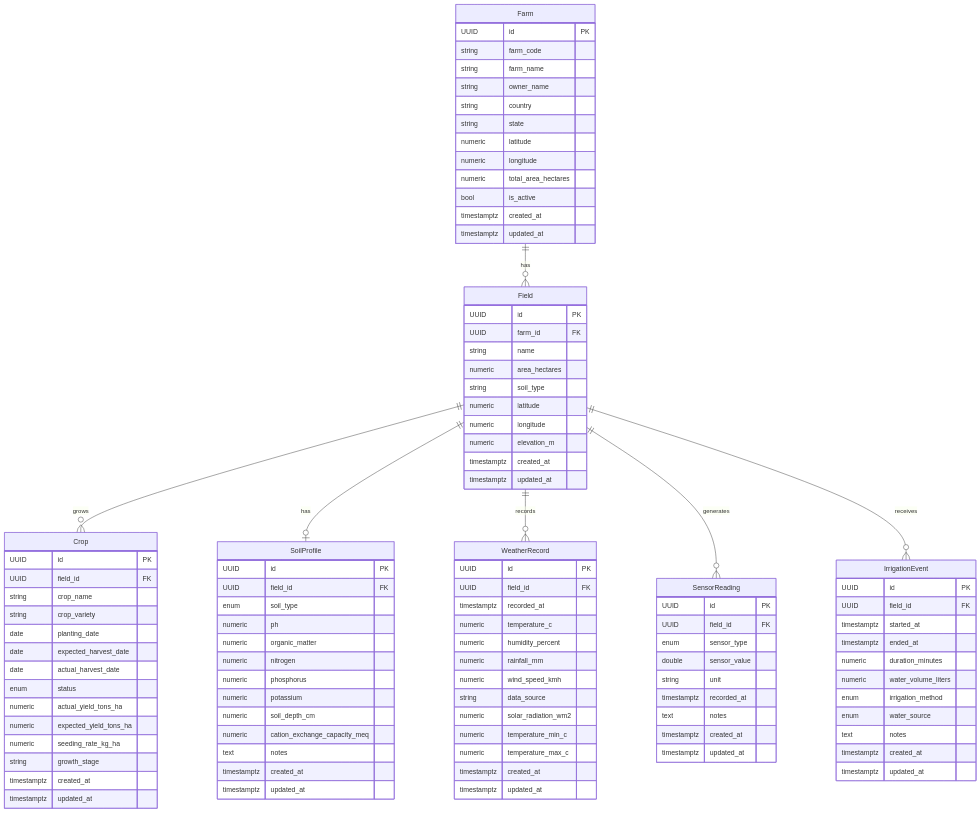
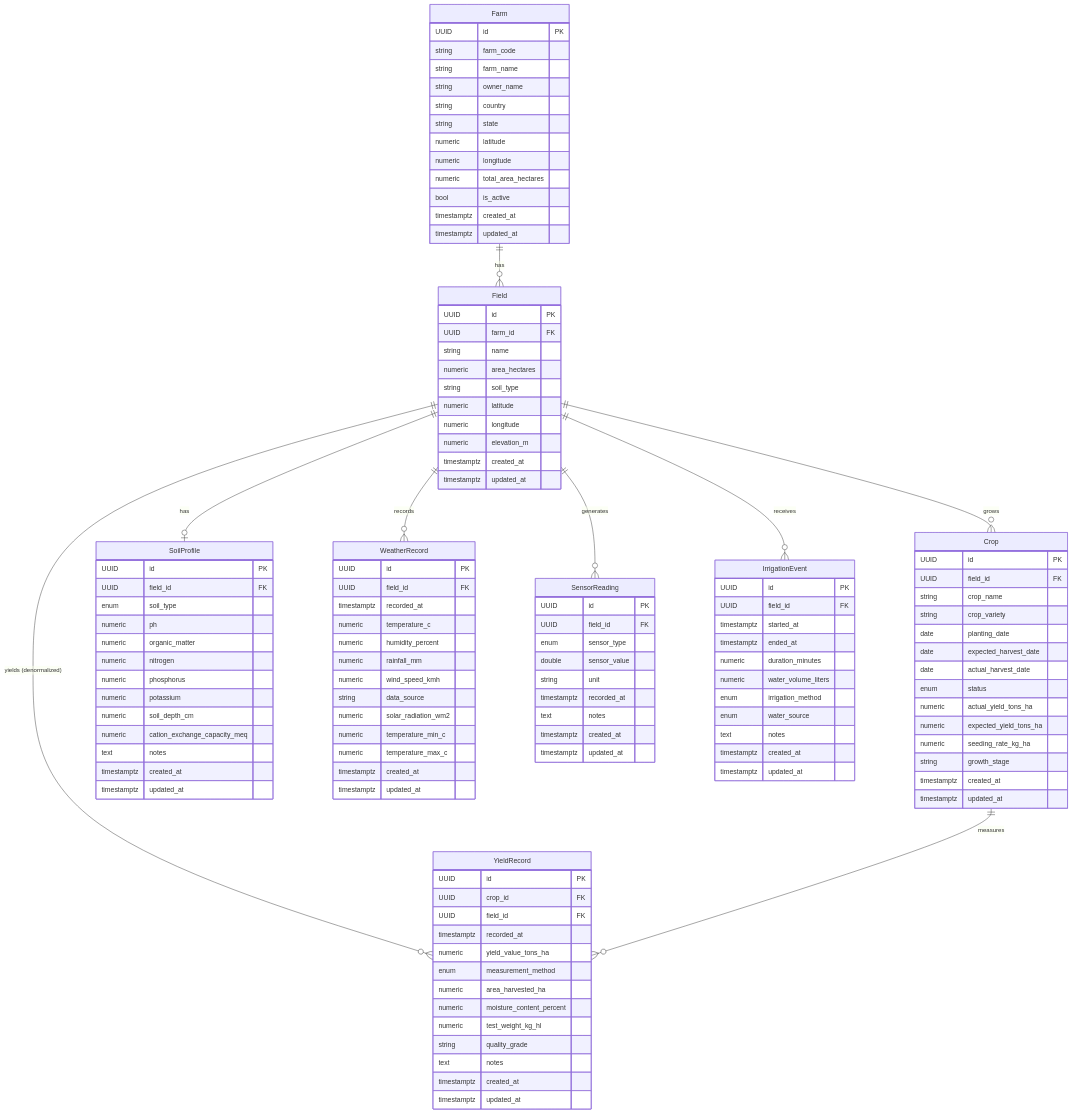
One commit to santoshnarayanan/AGRIFLOW-AI changed the sixth of 12 diagrams in docs/08-phase-architecture-handbook.md. Above: the diagram before and after it, drawn with Mermaid. The commit also changed other lines of this file and 7 other files, not shown here.

````diff
--- a/docs/08-phase-architecture-handbook.md
+++ b/docs/08-phase-architecture-handbook.md
@@ -1251,10 +1310,28 @@
         timestamptz updated_at
     }
 
+    YieldRecord {
+        UUID id PK
+        UUID crop_id FK
+        UUID field_id FK
+        timestamptz recorded_at
+        numeric yield_value_tons_ha
+        enum measurement_method
+        numeric area_harvested_ha
+        numeric moisture_content_percent
+        numeric test_weight_kg_hl
+        string quality_grade
+        text notes
+        timestamptz created_at
+        timestamptz updated_at
+    }
+
     Farm ||--o{ Field : "has"
     Field ||--o{ Crop : "grows"
     Field ||--o| SoilProfile : "has"
     Field ||--o{ WeatherRecord : "records"
     Field ||--o{ SensorReading : "generates"
     Field ||--o{ IrrigationEvent : "receives"
+    Field ||--o{ YieldRecord : "yields (denormalized)"
+    Crop ||--o{ YieldRecord : "measures"
 ```
````
